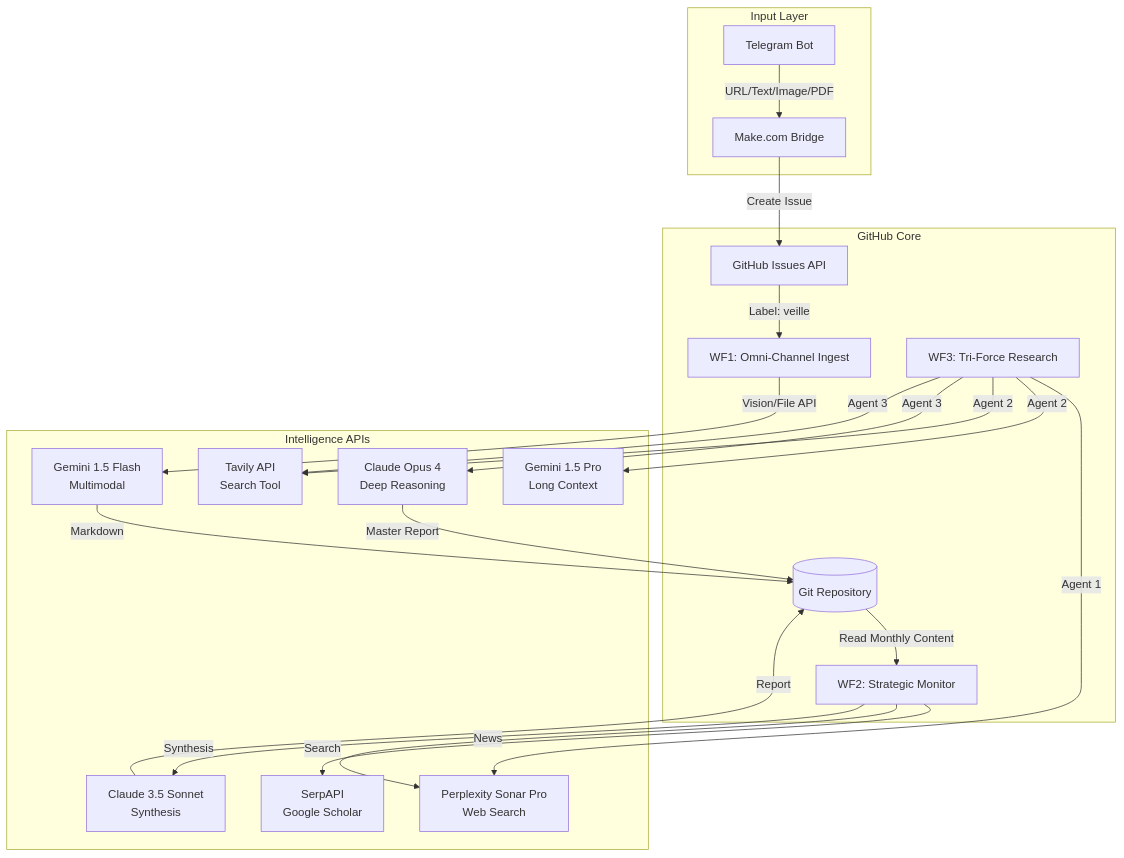
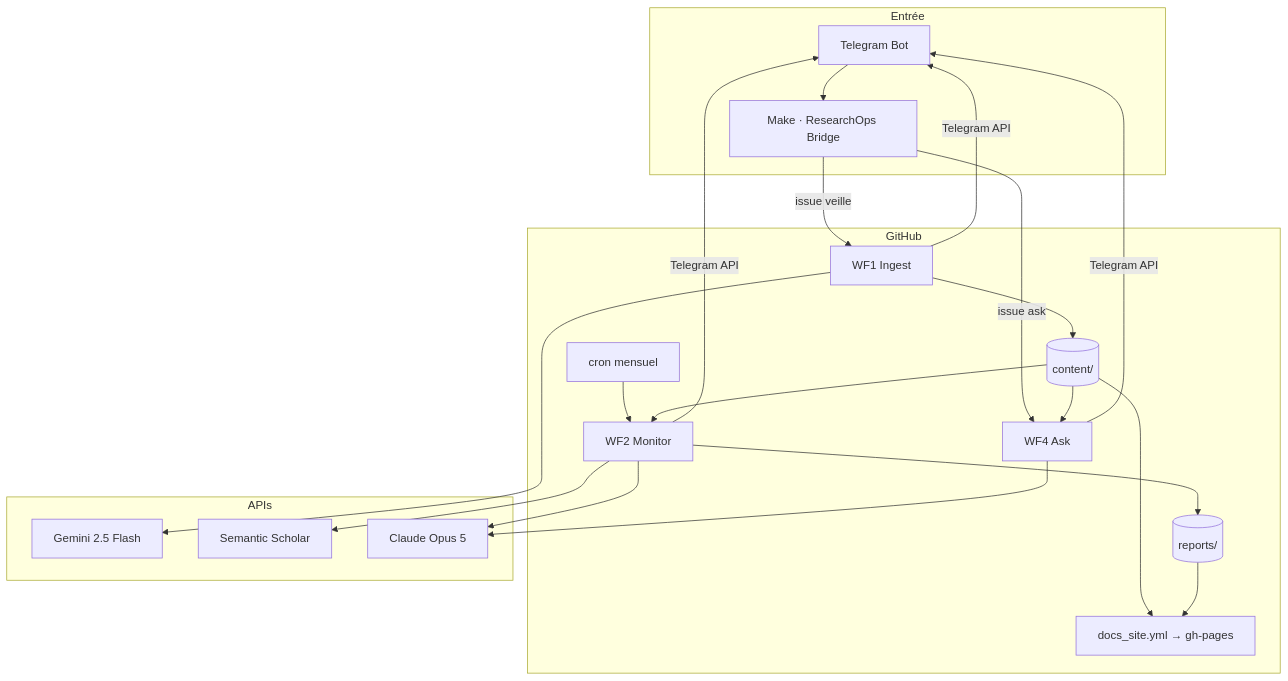
One commit to yajeddig/ResearchOps changed the diagram in context/specification.md. Above: the diagram before and after it, drawn with Mermaid. The commit also changed other lines of this file and 43 other files, not shown here.

First line of the commit message:
ResearchOps v1.2: simplify to core workflows, add WF4 Ask, build site (#131)

````diff
--- a/context/specification.md
+++ b/context/specification.md
@@ -14,45 +24,24 @@
 ```mermaid
 graph TB
-    subgraph "Input Layer"
-        TG[Telegram Bot]
-        MAKE[Make.com Bridge]
+    subgraph Entrée
+        TG[Telegram Bot] --> MK[Make · ResearchOps Bridge]
     end
-    
-    subgraph "GitHub Core"
-        ISSUE[GitHub Issues API]
-        WF1[WF1: Omni-Channel Ingest]
-        WF2[WF2: Strategic Monitor]
-        WF3[WF3: Tri-Force Research]
-        REPO[(Git Repository)]
+    subgraph "GitHub"
+        MK -->|issue veille| WF1[WF1 Ingest]
+        MK -->|issue ask| WF4[WF4 Ask]
+        CRON[cron mensuel] --> WF2[WF2 Monitor]
+        WF1 --> C[(content/)]
+        WF2 --> R[(reports/)]
+        C --> WF2
+        C --> WF4
+        C --> SITE[docs_site.yml → gh-pages]
+        R --> SITE
     end
-    
-    subgraph "Intelligence APIs"
-        GF[Gemini 1.5 Flash<br/>Multimodal]
-        GP[Gemini 1.5 Pro<br/>Long Context]
-        PS[Perplexity Sonar Pro<br/>Web Search]
-        CS[Claude 3.5 Sonnet<br/>Synthesis]
-        CO[Claude Opus 4<br/>Deep Reasoning]
-        TV[Tavily API<br/>Search Tool]
-        SERP[SerpAPI<br/>Google Scholar]
+    subgraph "APIs"
+        WF1 --> GEM[Gemini 2.5 Flash]
+        WF2 --> S2[Semantic Scholar]
+        WF2 --> CL[Claude Opus 5]
+        WF4 --> CL
     end
-    
-    TG -->|URL/Text/Image/PDF| MAKE
-    MAKE -->|Create Issue| ISSUE
-    ISSUE -->|Label: veille| WF1
-    
-    WF1 -->|Vision/File API| GF
-    GF -->|Markdown| REPO
-    
-    REPO -->|Read Monthly Content| WF2
-    WF2 -->|Search| SERP
-    WF2 -->|News| PS
-    WF2 -->|Synthesis| CS
-    CS -->|Report| REPO
-    
-    WF3 -->|Agent 1| PS
-    WF3 -->|Agent 2| GP
-    WF3 -->|Agent 2| TV
-    WF3 -->|Agent 3| CO
-    WF3 -->|Agent 3| TV
-    CO -->|Master Report| REPO
+    WF1 & WF2 & WF4 -->|Telegram API| TG
 ```
````
